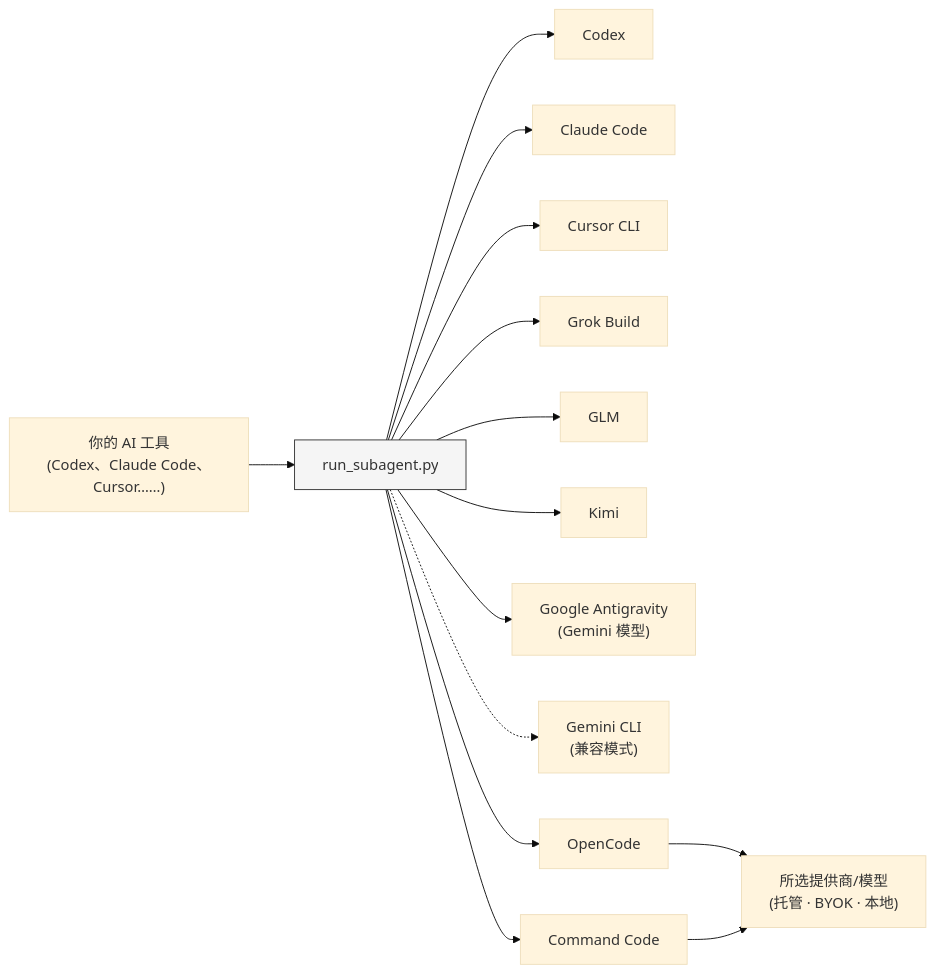
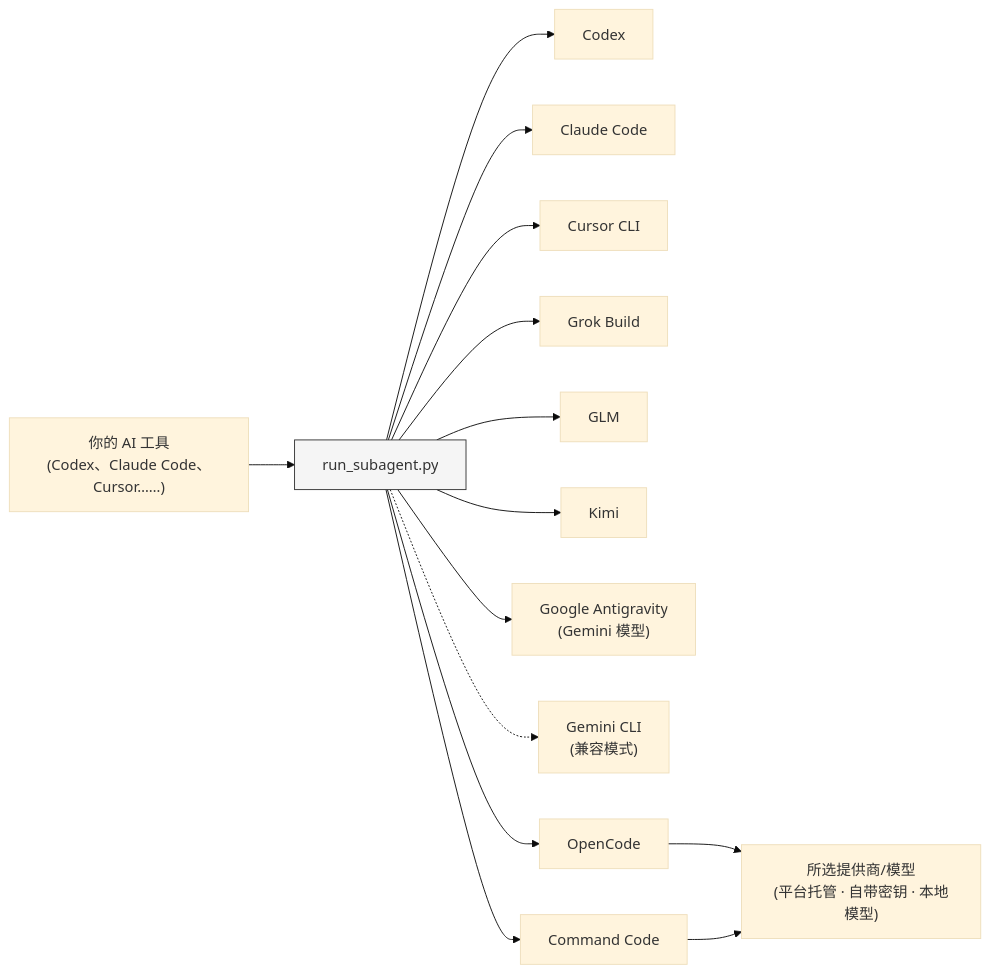
The diagram in README.zh-CN.md (shinpr/sub-agents-skills), drawn with Mermaid (base theme) before and after one commit.

Commit message:
docs: refine Chinese provider labels

````diff
--- a/README.zh-CN.md
+++ b/README.zh-CN.md
@@ -418,17 +418,17 @@
 ```mermaid
 graph LR
     A["你的 AI 工具<br/>(Codex、Claude Code、Cursor……)"] --> B["run_subagent.py"]
     B --> C["Codex"]
     B --> D["Claude Code"]
     B --> E["Cursor CLI"]
     B --> H["Grok Build"]
     B --> G["GLM"]
     B --> K["Kimi"]
     B --> F["Google Antigravity<br/>(Gemini 模型)"]
     B -.-> GM["Gemini CLI<br/>(兼容模式)"]
     B --> I["OpenCode"]
     B --> CC["Command Code"]
-    I --> J["所选提供商/模型<br/>(托管 · BYOK · 本地)"]
+    I --> J["所选提供商/模型<br/>(平台托管 · 自带密钥 · 本地模型)"]
     CC --> J
     style B fill:#f5f5f5,stroke:#333
 ```
````
